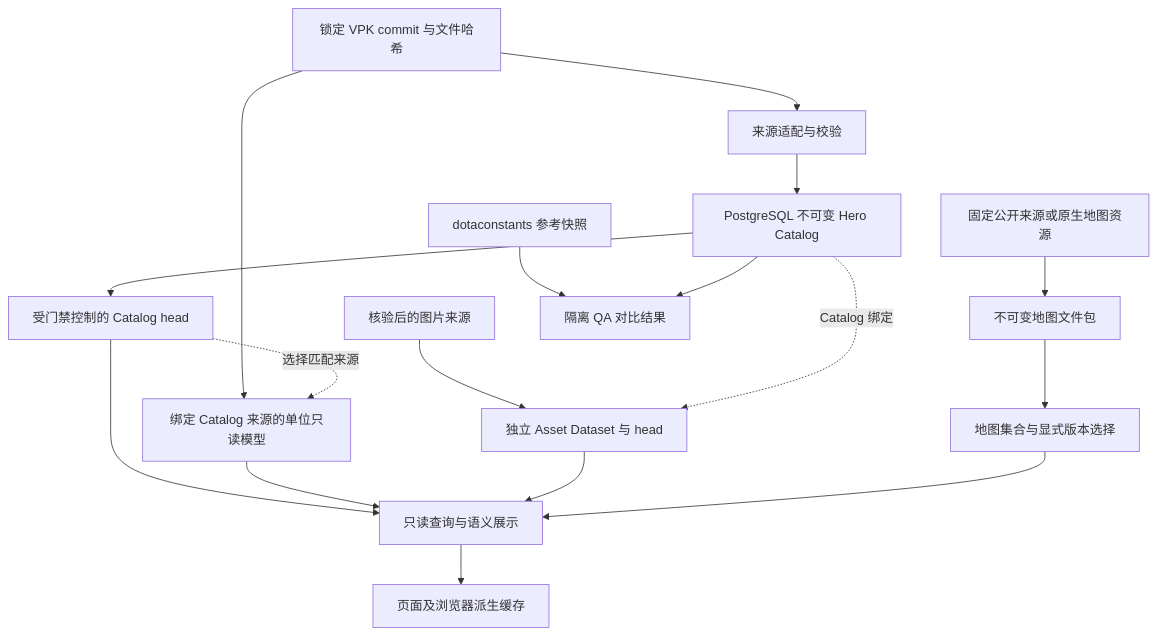
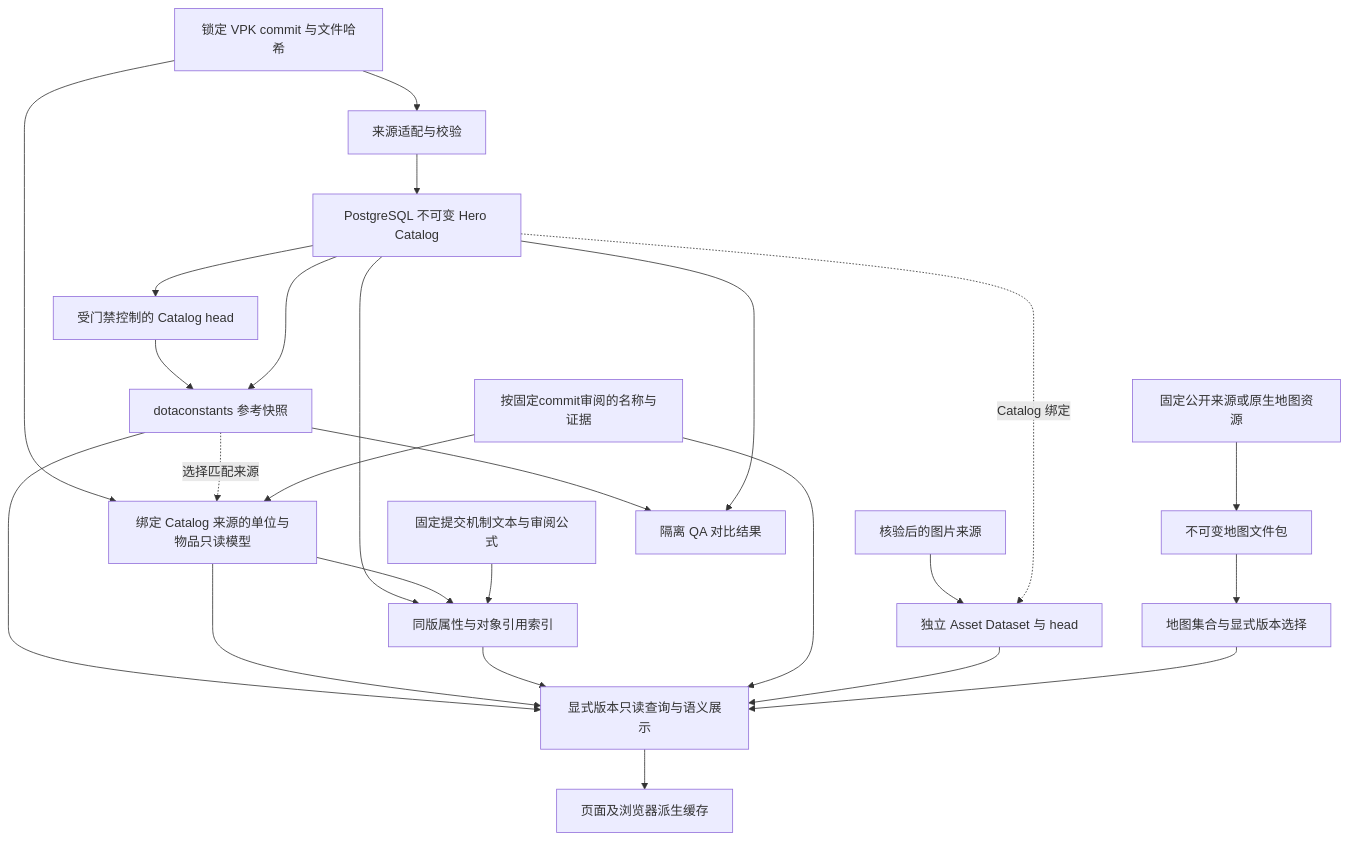
The first of 2 diagrams in docs/architecture/data-flow.md (CharlesLiuyx/Medota2), drawn with Mermaid before and after one commit. The commit also changed other lines of this file and 238 other files, not shown here.

````diff
--- a/docs/architecture/data-flow.md
+++ b/docs/architecture/data-flow.md
@@ -7,19 +7,27 @@
 ```mermaid
 flowchart TD
     V[锁定 VPK commit 与文件哈希] --> I[来源适配与校验]
     I --> C[PostgreSQL 不可变 Hero Catalog]
     C --> H[受门禁控制的 Catalog head]
-    H --> W[只读查询与语义展示]
-    V --> U[绑定 Catalog 来源的单位只读模型]
-    H -. 选择匹配来源 .-> U
+    H --> R[默认Release入口]
+    C --> R
+    R --> W[显式版本只读查询与语义展示]
+    V --> U[绑定 Catalog 来源的单位与物品只读模型]
+    R -. 选择匹配来源 .-> U
     U --> W
+    C --> T[同版属性与对象引用索引]
+    U --> T
+    E[固定提交机制文本与审阅公式] --> T
+    T --> W
+    N[按固定commit审阅的名称与证据] --> U
+    N --> W
     P[核验后的图片来源] --> A[独立 Asset Dataset 与 head]
     C -. Catalog 绑定 .-> A
     A --> W
     M[固定公开来源或原生地图资源] --> D[不可变地图文件包]
     D --> S[地图集合与显式版本选择]
     S --> W
     W --> B[页面及浏览器派生缓存]
     R[dotaconstants 参考快照] --> Q[隔离 QA 对比结果]
     C --> Q
 ```
````
